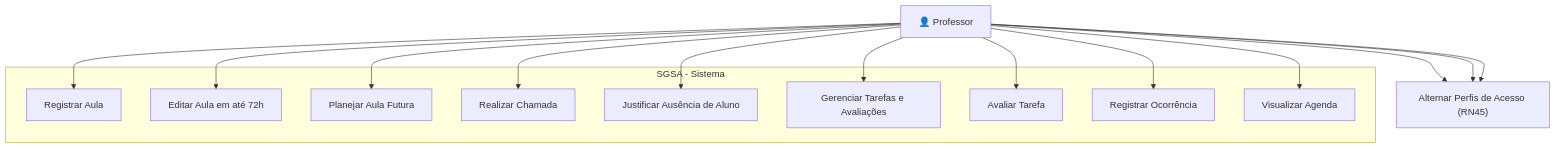
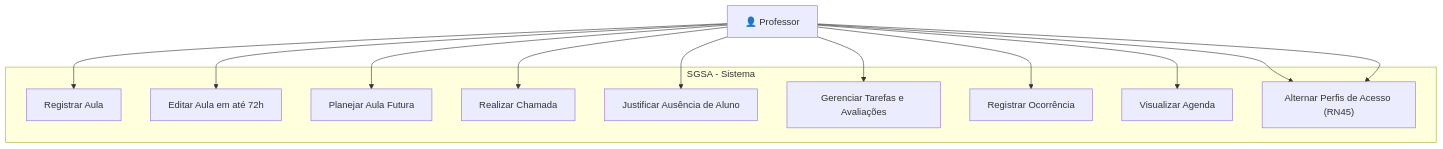
Before and after one commit to prof-andrericardo/sgsa: the first of 4 diagrams in documentation/03-SGSA - Diagramas de Caso de Uso por Perfil.md, drawn with Mermaid. The commit also changed other lines of this file and 3 other files, not shown here.

````diff
--- a/documentation/03-SGSA - Diagramas de Caso de Uso por Perfil.md
+++ b/documentation/03-SGSA - Diagramas de Caso de Uso por Perfil.md
@@ -9,29 +9,27 @@
 ```mermaid
 flowchart TB
     Professor["👤 Professor"]
 
     subgraph SGSA [SGSA - Sistema]
         A1["Registrar Aula"]
         A2["Editar Aula em até 72h"]
         A3["Planejar Aula Futura"]
         A4["Realizar Chamada"]
         A5["Justificar Ausência de Aluno"]
         A6["Gerenciar Tarefas e Avaliações"]
-        A7["Avaliar Tarefa"]
-        A8["Registrar Ocorrência"]
+                A8["Registrar Ocorrência"]
         A9["Visualizar Agenda"]
+        A10["Alternar Perfis de Acesso (RN45)"]
     end
 
     Professor --> A1
     Professor --> A2
     Professor --> A3
     Professor --> A4
     Professor --> A5
     Professor --> A6
-    Professor --> A10["Alternar Perfis de Acesso (RN45)"]
-    Professor --> A10["Alternar Perfis (RN45)"]
-    Professor --> A7
-    Professor --> A8
+        Professor --> A10["Alternar Perfis (RN45)"]
+        Professor --> A8
     Professor --> A9
     Professor --> A10["Alternar Perfis de Acesso (RN45)"]
 ```
````
